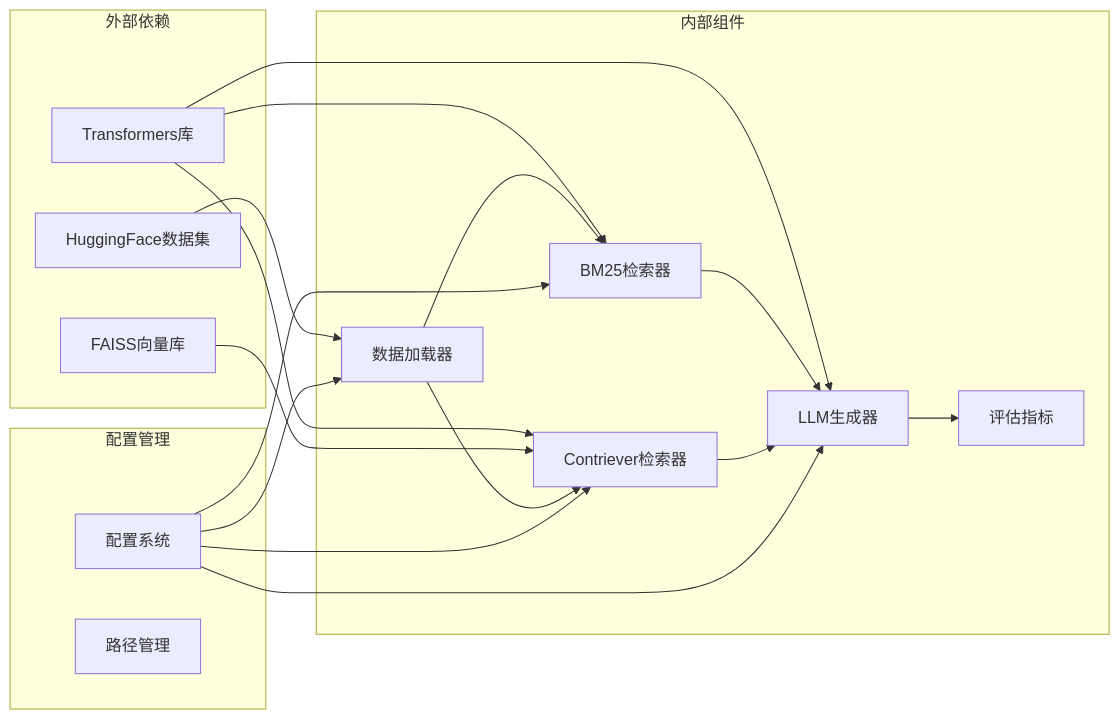
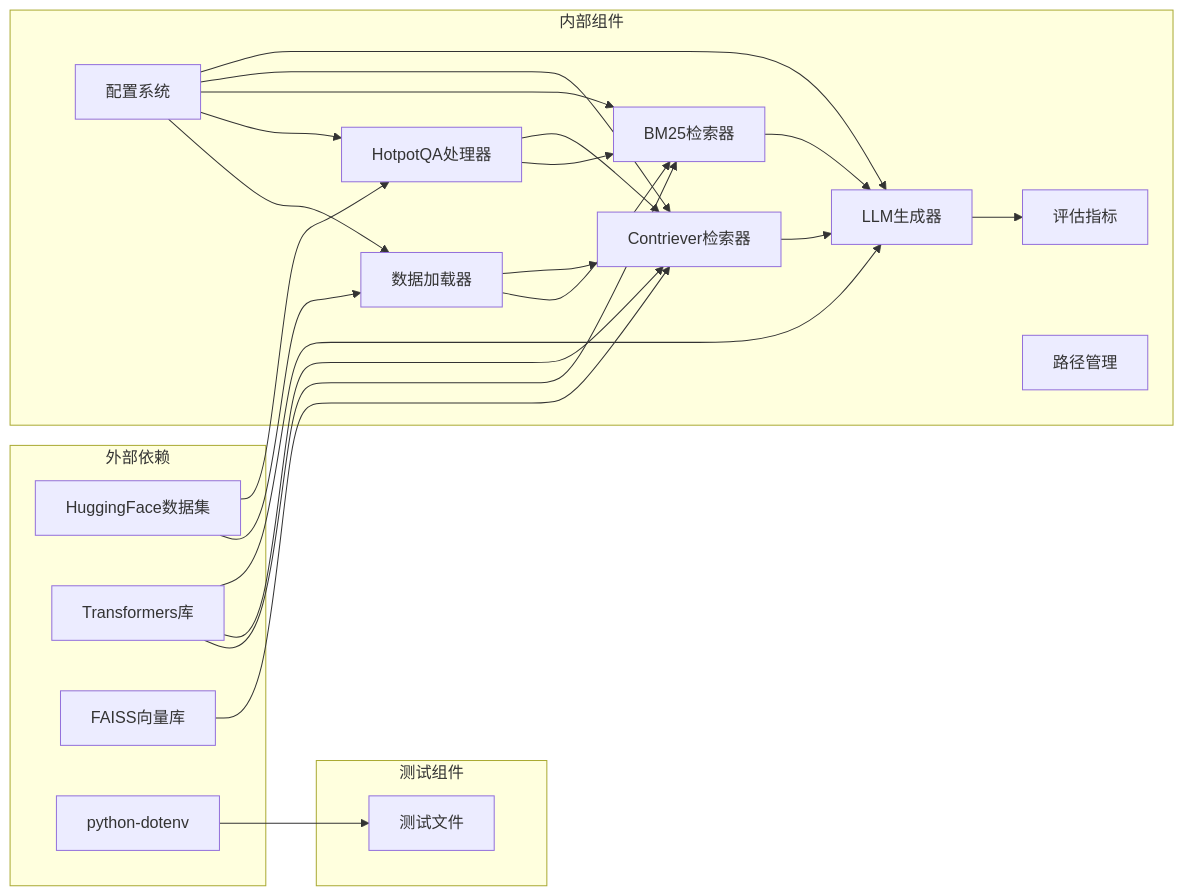
One commit to kitee0918/-nlp-rag-project changed the seventh of 7 diagrams in .qoder/repowiki/zh/content/技术实现指南/数据处理管道.md. Above: the diagram before and after it, drawn with Mermaid. The commit also changed other lines of this file and 4 other files, not shown here.

````diff
--- a/.qoder/repowiki/zh/content/技术实现指南/数据处理管道.md
+++ b/.qoder/repowiki/zh/content/技术实现指南/数据处理管道.md
@@ -488,33 +586,41 @@
 ```mermaid
 graph LR
 subgraph "外部依赖"
 Datasets["HuggingFace数据集"]
 Transformers["Transformers库"]
 FAISS["FAISS向量库"]
+Dotenv["python-dotenv"]
 end
 subgraph "内部组件"
 DataUtils["数据加载器"]
+HotpotQA["HotpotQA处理器"]
 BM25["BM25检索器"]
 Contriever["Contriever检索器"]
 LLMGen["LLM生成器"]
 Metrics["评估指标"]
-end
-subgraph "配置管理"
 Config["配置系统"]
 Paths["路径管理"]
 end
+subgraph "测试组件"
+TestFiles["测试文件"]
+end
 Datasets --> DataUtils
+Datasets --> HotpotQA
 Transformers --> BM25
 Transformers --> Contriever
 Transformers --> LLMGen
 FAISS --> Contriever
+Dotenv --> TestFiles
 DataUtils --> BM25
 DataUtils --> Contriever
+HotpotQA --> BM25
+HotpotQA --> Contriever
 BM25 --> LLMGen
 Contriever --> LLMGen
 LLMGen --> Metrics
 Config --> DataUtils
+Config --> HotpotQA
 Config --> BM25
 Config --> Contriever
 Config --> LLMGen
 ```
````
